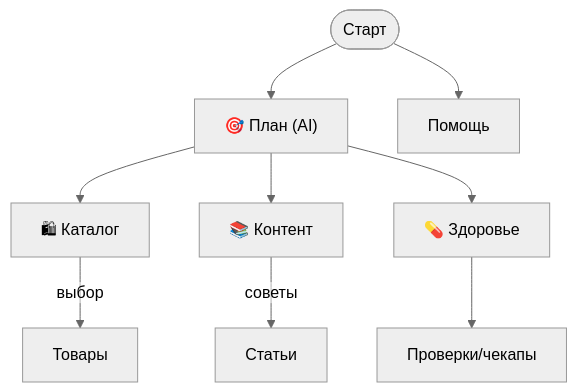
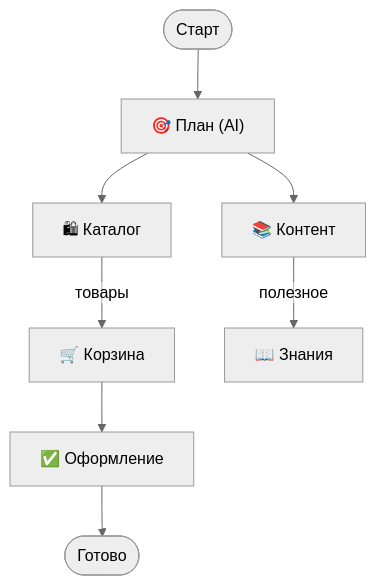
The diagram in docs/menu_map.mmd (go2telegram/five_keys_mirror), drawn with Mermaid before and after one commit. The commit also changed 9 other files, not shown here.

```diff
--- a/docs/menu_map.mmd
+++ b/docs/menu_map.mmd
@@ -1,12 +1,9 @@
 %%{init: {'theme':'neutral','flowchart': {'htmlLabels': false}} }%%
 flowchart TD
   START([Старт]) --> PLAN["🎯 План (AI)"]
   PLAN --> CATALOG["🛍 Каталог"]
   PLAN --> CONTENT["📚 Контент"]
-  PLAN --> HEALTH["💊 Здоровье"]
-
-  CATALOG -->|выбор| ITEMS["Товары"]
-  CONTENT -->|советы| ARTICLES["Статьи"]
-  HEALTH --> CHECKUP["Проверки/чекапы"]
-
-  START --> HELP["Помощь"]
+  CATALOG -->|товары| CART["🛒 Корзина"]
+  CONTENT -->|полезное| KNOW["📖 Знания"]
+  CART --> CHECKOUT["✅ Оформление"]
+  CHECKOUT --> DONE([Готово])
```
